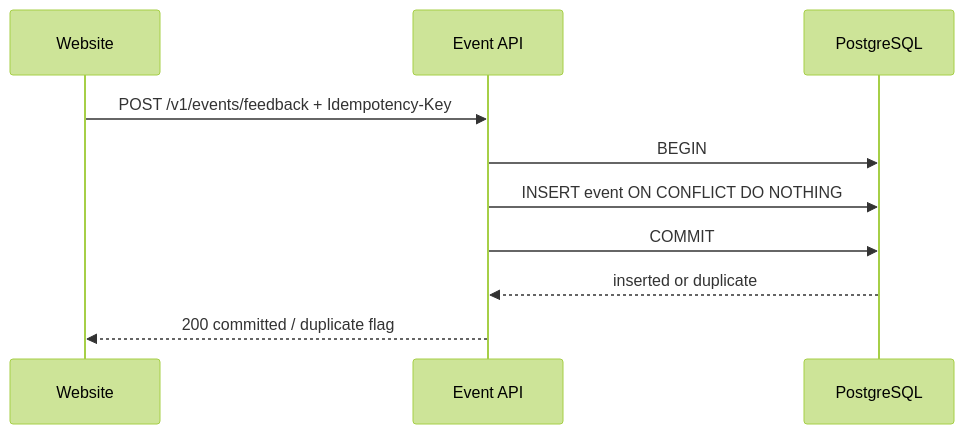
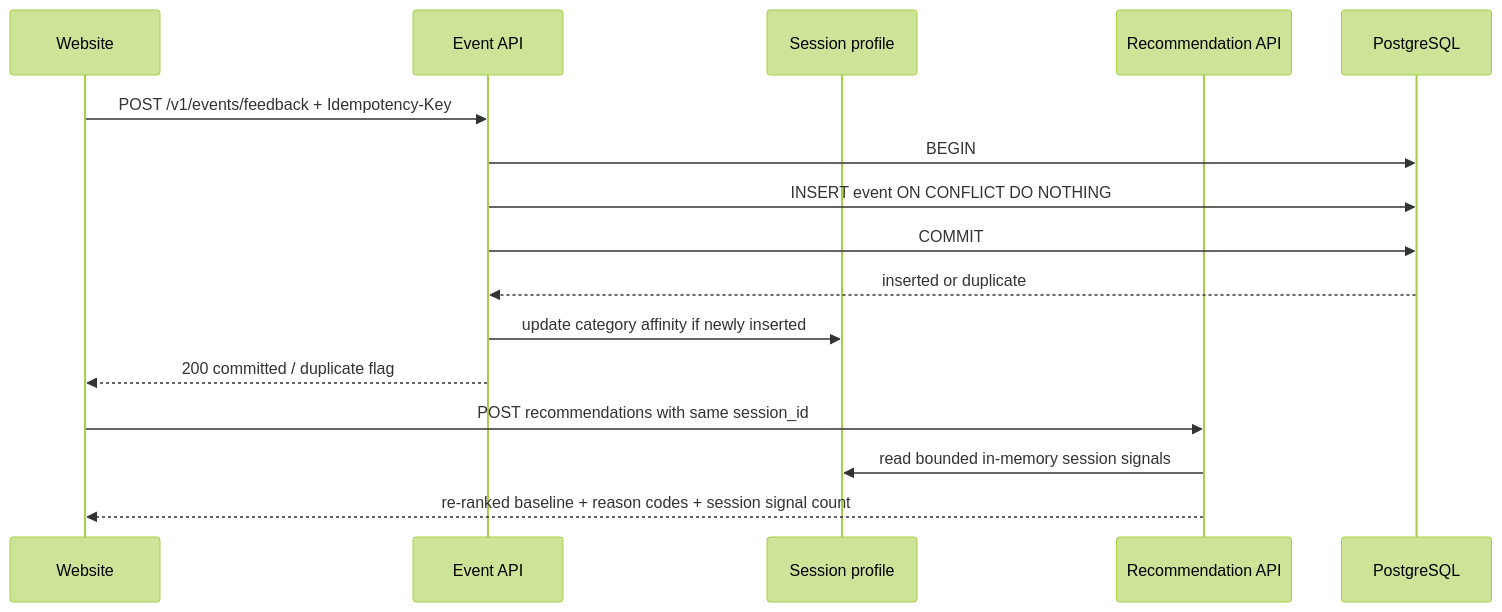
The third of 4 diagrams in docs/03_ARCHITECTURE/02_Data_Flow_and_Sequence_Diagrams.md (nmtrucworking/recobridge), drawn with Mermaid (forest theme) before and after one commit. The commit also changed other lines of this file and 15 other files, not shown here.

````diff
--- a/docs/03_ARCHITECTURE/02_Data_Flow_and_Sequence_Diagrams.md
+++ b/docs/03_ARCHITECTURE/02_Data_Flow_and_Sequence_Diagrams.md
@@ -66,13 +66,19 @@
 ```mermaid
 sequenceDiagram
     participant W as Website
     participant E as Event API
+    participant S as Session profile
+    participant R as Recommendation API
     participant DB as PostgreSQL
 
     W->>E: POST /v1/events/feedback + Idempotency-Key
     E->>DB: BEGIN
     E->>DB: INSERT event ON CONFLICT DO NOTHING
     E->>DB: COMMIT
     DB-->>E: inserted or duplicate
+    E->>S: update category affinity if newly inserted
     E-->>W: 200 committed / duplicate flag
+    W->>R: POST recommendations with same session_id
+    R->>S: read bounded in-memory session signals
+    R-->>W: re-ranked baseline + reason codes + session signal count
 ```
````
